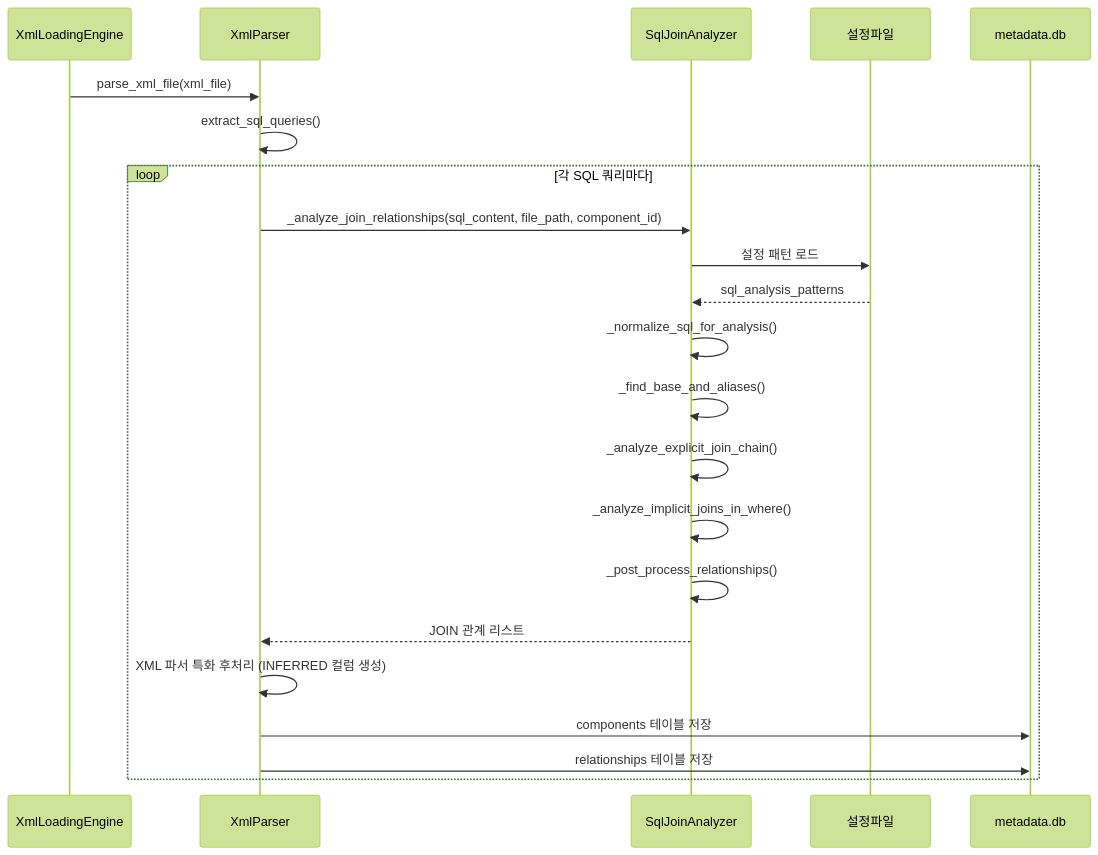
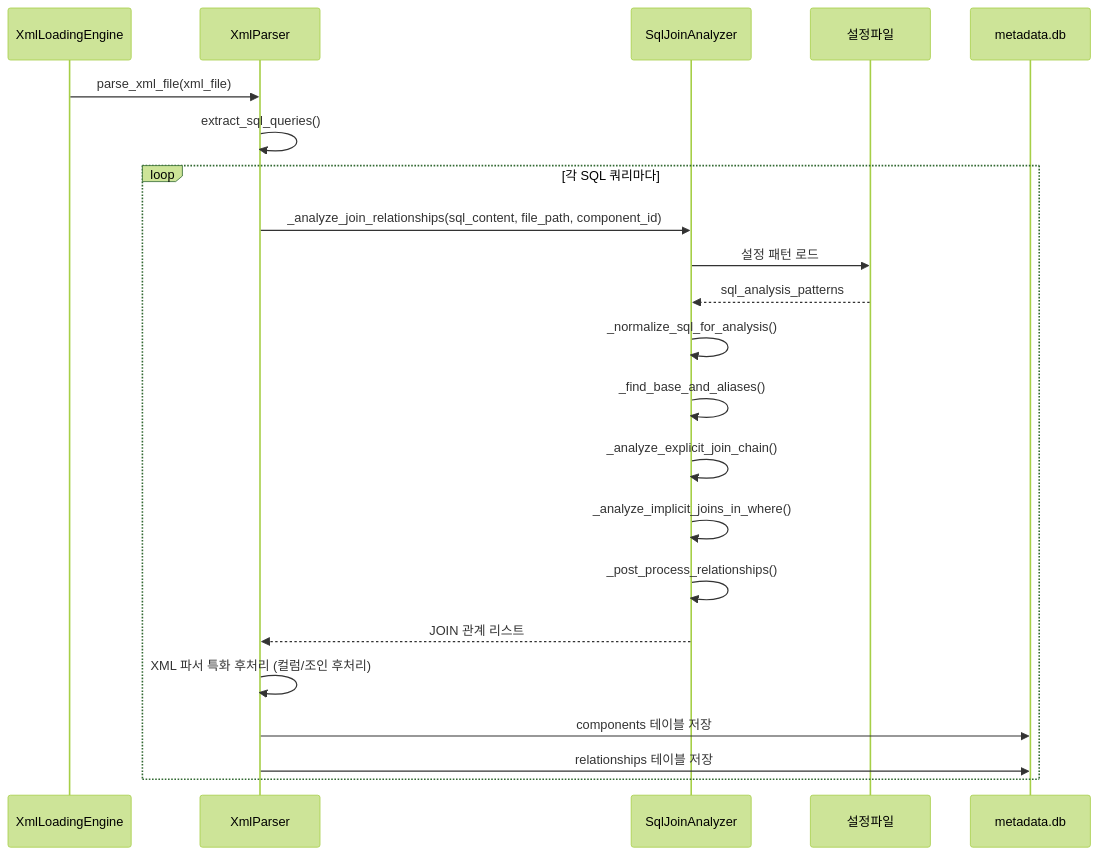
One commit to kumtaek/CreateMetaDb changed the fourth of 5 diagrams in docs/07.SQL공통파서_구현서.md. Above: the diagram before and after it, drawn with Mermaid (forest theme). The commit also changed other lines of this file and 127 other files, not shown here.

````diff
--- a/docs/07.SQL공통파서_구현서.md
+++ b/docs/07.SQL공통파서_구현서.md
@@ -634,30 +633,30 @@
 ```mermaid
 sequenceDiagram
     participant XE as XmlLoadingEngine
     participant XP as XmlParser
     participant SJA as SqlJoinAnalyzer
     participant Config as 설정파일
     participant DB as metadata.db
     
     XE->>XP: parse_xml_file(xml_file)
     XP->>XP: extract_sql_queries()
     
     loop 각 SQL 쿼리마다
         XP->>SJA: _analyze_join_relationships(sql_content, file_path, component_id)
         
         SJA->>Config: 설정 패턴 로드
         Config-->>SJA: sql_analysis_patterns
         
         SJA->>SJA: _normalize_sql_for_analysis()
         SJA->>SJA: _find_base_and_aliases()
         SJA->>SJA: _analyze_explicit_join_chain()
         SJA->>SJA: _analyze_implicit_joins_in_where()
         SJA->>SJA: _post_process_relationships()
         
         SJA-->>XP: JOIN 관계 리스트
         
-        XP->>XP: XML 파서 특화 후처리 (INFERRED 컬럼 생성)
+        XP->>XP: XML 파서 특화 후처리 (컬럼/조인 후처리)
         XP->>DB: components 테이블 저장
         XP->>DB: relationships 테이블 저장
     end
 ```
````
